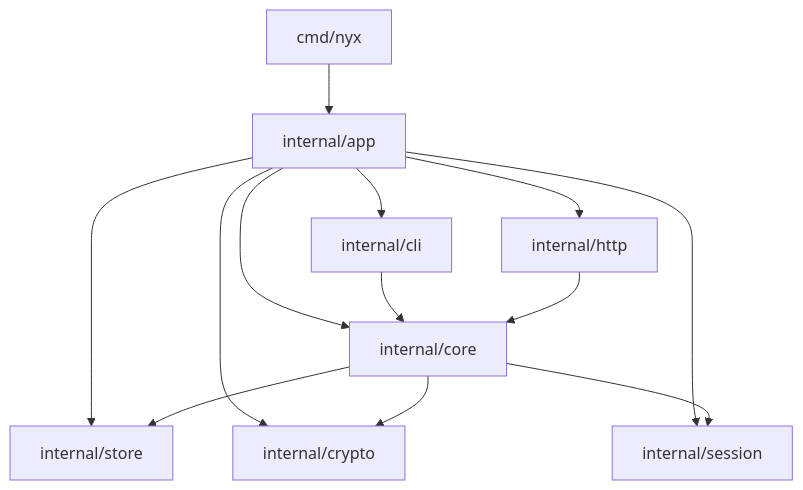
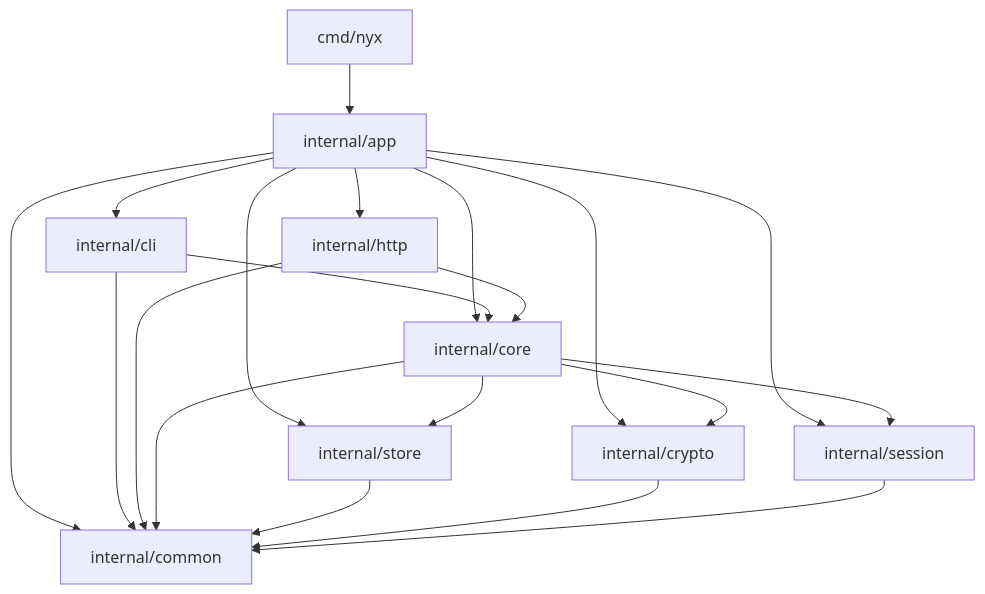
Before and after one commit to expinc/nyx: the diagram in doc/architecture.md, drawn with Mermaid. The commit also changed other lines of this file and 1 other file, not shown here.

Commit message:
Introduce package internal/common

````diff
--- a/doc/architecture.md
+++ b/doc/architecture.md
@@ -98,16 +107,23 @@
 ```mermaid
 flowchart TD
 	A[cmd/nyx] --> H[internal/app]
 	H --> B[internal/cli]
 	H --> C[internal/http]
 	H --> D[internal/core]
 	H --> E[internal/store]
 	H --> F[internal/crypto]
 	H --> G[internal/session]
+	H --> I[internal/common]
 
 	B --> D
 	C --> D
 	D --> E
 	D --> F
 	D --> G
+	B --> I
+	C --> I
+	D --> I
+	E --> I
+	F --> I
+	G --> I
 ```
````
